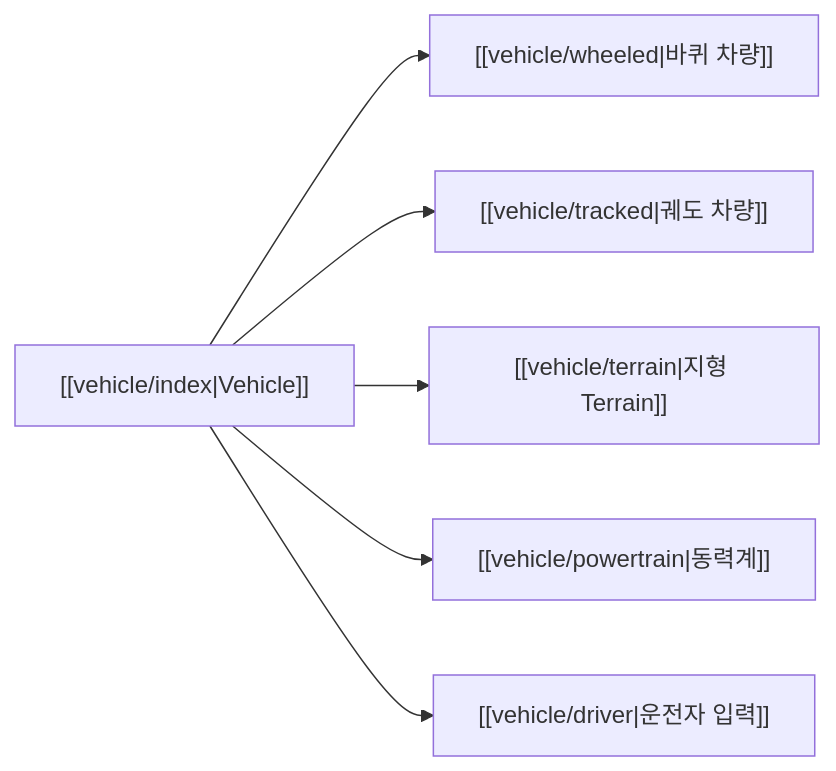
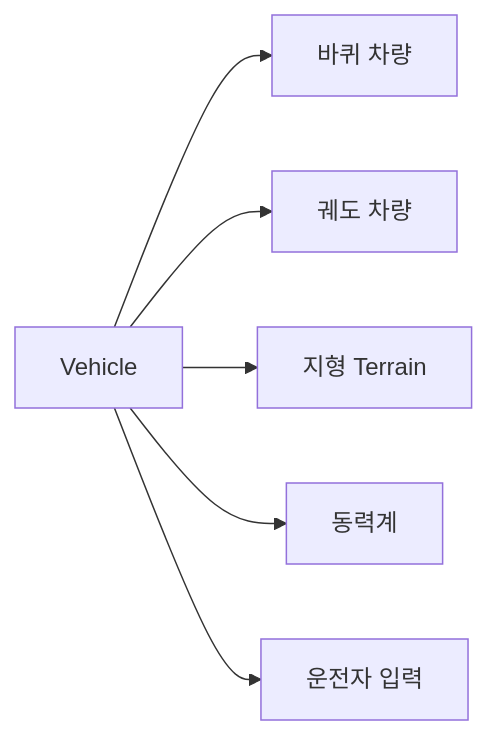
Before and after one commit to Poesy-Lab/Project_Chrono_Practice: the third of 4 diagrams in docs/index.md, drawn with Mermaid. The commit also changed other lines of this file, not shown here.

Commit message:
Mermaid 블록 내 옵시디언 위키링크 제거 (렌더링 호환성)

````diff
--- a/docs/index.md
+++ b/docs/index.md
@@ -94,8 +94,8 @@
 ```mermaid
 flowchart LR
-    V["[[vehicle/index|Vehicle]]"] --> W["[[vehicle/wheeled|바퀴 차량]]"]
-    V --> T["[[vehicle/tracked|궤도 차량]]"]
-    V --> TR["[[vehicle/terrain|지형 Terrain]]"]
-    V --> PW["[[vehicle/powertrain|동력계]]"]
-    V --> DR["[[vehicle/driver|운전자 입력]]"]
+    V["Vehicle"] --> W["바퀴 차량"]
+    V --> T["궤도 차량"]
+    V --> TR["지형 Terrain"]
+    V --> PW["동력계"]
+    V --> DR["운전자 입력"]
 ```
````
